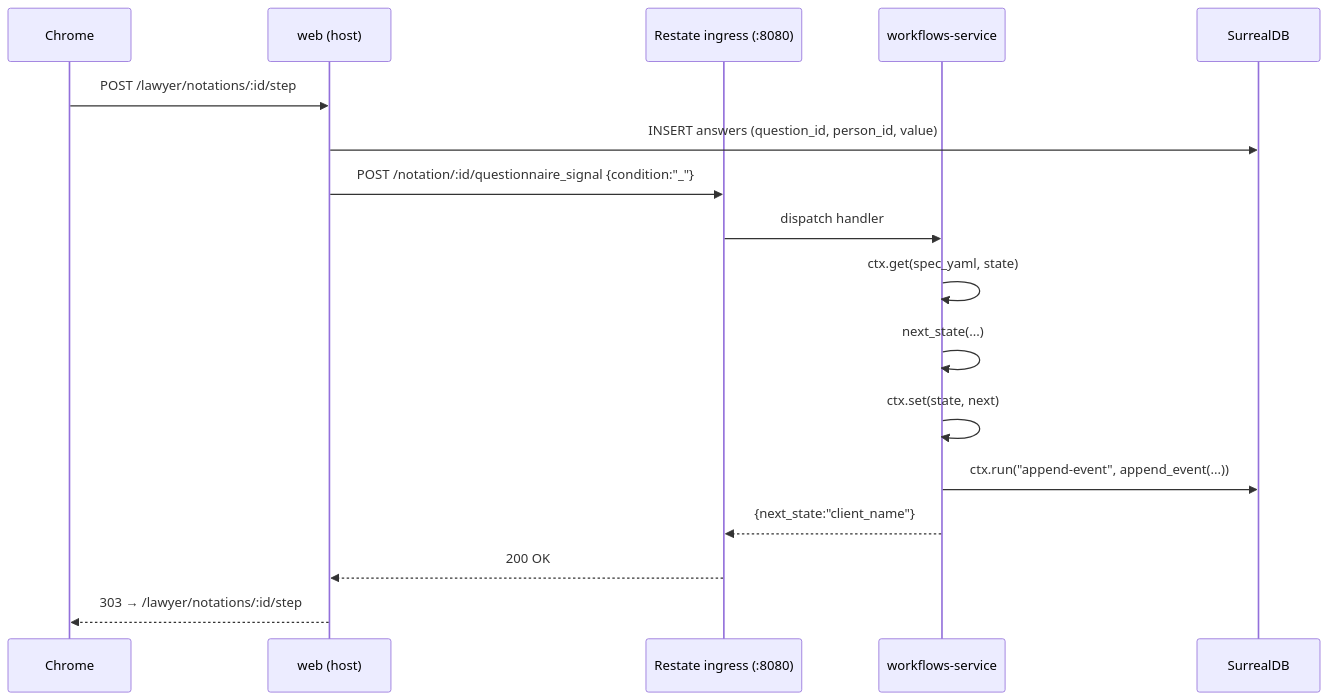
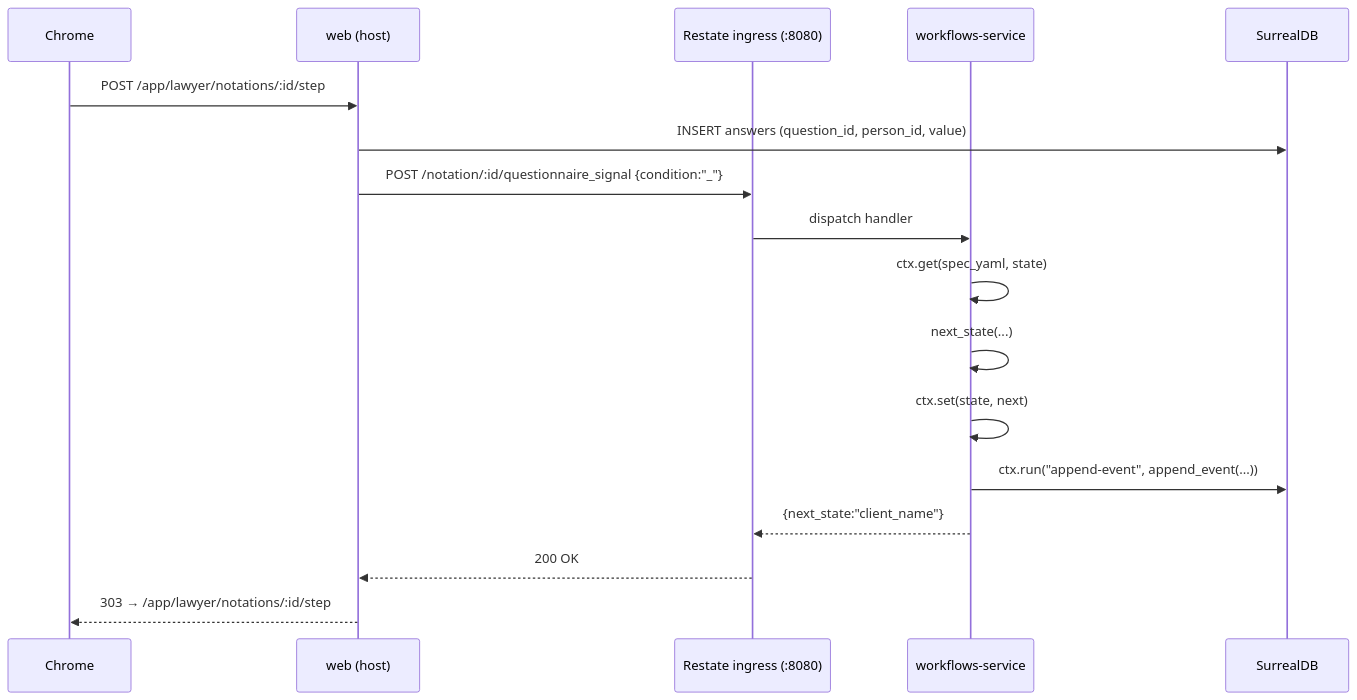
One commit to neon-law-source-code/navigator changed the third of 3 diagrams in docs/retainer_intake.md. Above: the diagram before and after it, drawn with Mermaid. The commit also changed other lines of this file and 100 other files, not shown here.

First line of the commit message:
Retire the /lawyer prefix under /app/lawyer (#251)

````diff
--- a/docs/retainer_intake.md
+++ b/docs/retainer_intake.md
@@ -82,20 +82,20 @@
 ```mermaid
 sequenceDiagram
     participant Chrome
     participant web as web (host)
     participant ingress as Restate ingress (:8080)
     participant worker as workflows-service
     participant db as SurrealDB
 
-    Chrome->>web: POST /lawyer/notations/:id/step
+    Chrome->>web: POST /app/lawyer/notations/:id/step
     web->>db: INSERT answers (question_id, person_id, value)
     web->>ingress: POST /notation/:id/questionnaire_signal {condition:"_"}
     ingress->>worker: dispatch handler
     worker->>worker: ctx.get(spec_yaml, state)
     worker->>worker: next_state(...)
     worker->>worker: ctx.set(state, next)
     worker->>db: ctx.run("append-event", append_event(...))
     worker-->>ingress: {next_state:"client_name"}
     ingress-->>web: 200 OK
-    web-->>Chrome: 303 → /lawyer/notations/:id/step
+    web-->>Chrome: 303 → /app/lawyer/notations/:id/step
 ```
````
